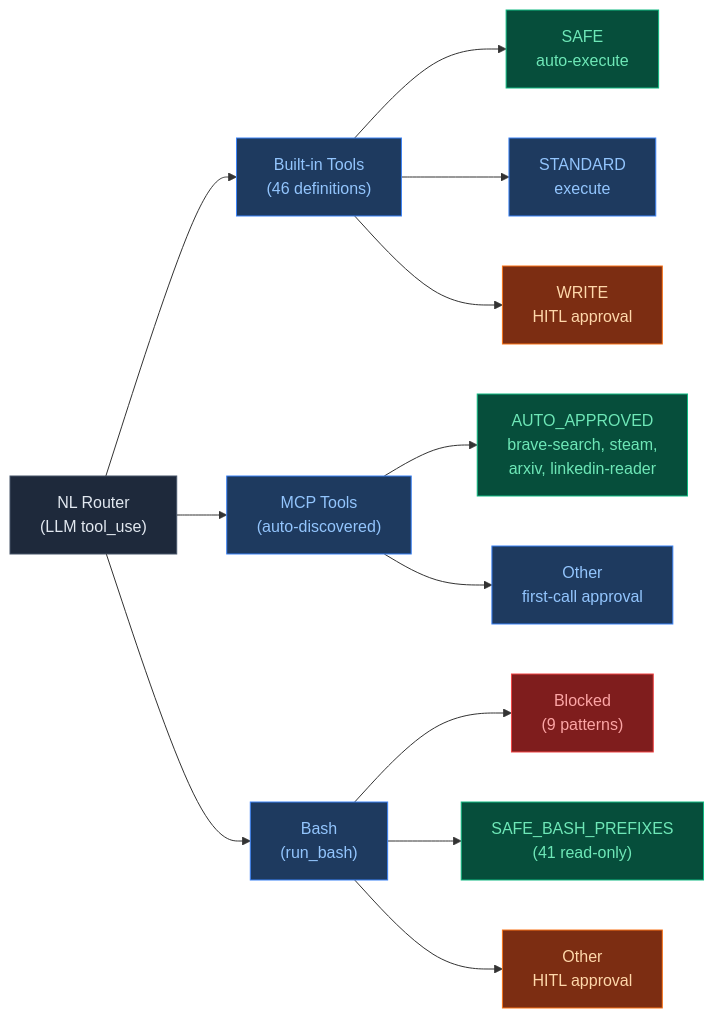
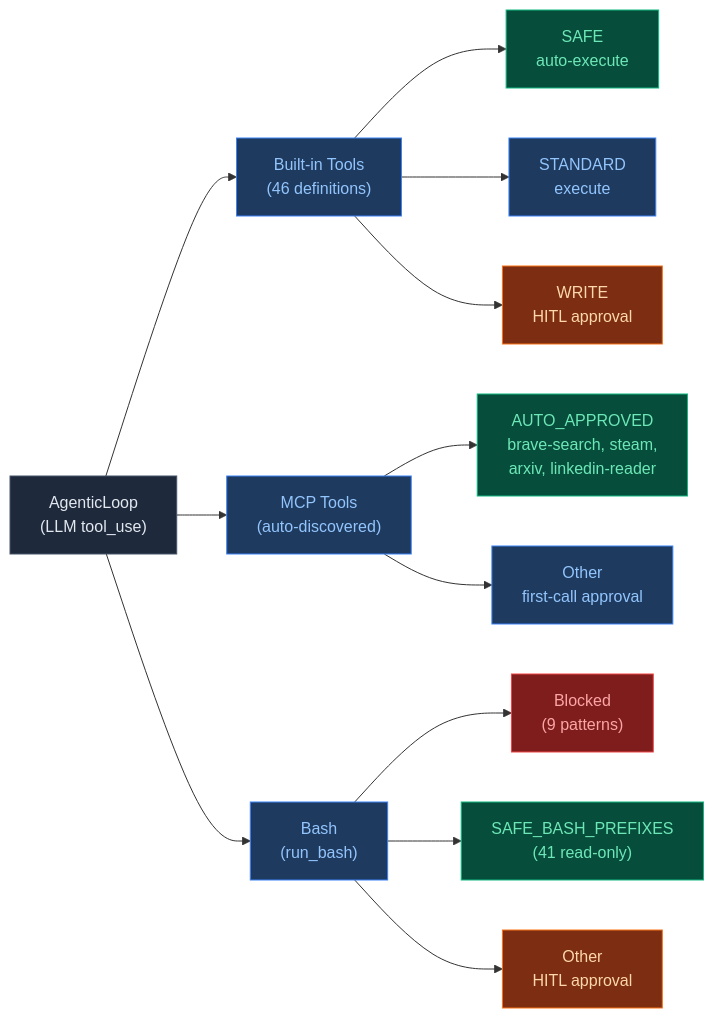
The first of 15 diagrams in README.md (mangowhoiscloud/geode), drawn with Mermaid before and after one commit. The commit also changed other lines of this file and 2 other files, not shown here.

First line of the commit message:
docs: README NL Router→AgenticLoop 전환 + CHANGELOG 누락분 + progress.md 신규

````diff
--- a/README.md
+++ b/README.md
@@ -35,32 +35,32 @@
 ```mermaid
 flowchart LR
-    NL["NL Router<br/>(LLM tool_use)"]
+    NL["AgenticLoop<br/>(LLM tool_use)"]
 
     NL --> Builtin["Built-in Tools<br/>(46 definitions)"]
     NL --> MCP["MCP Tools<br/>(auto-discovered)"]
     NL --> Bash["Bash<br/>(run_bash)"]
 
     Builtin --> S1["SAFE<br/>auto-execute"]
     Builtin --> S2["STANDARD<br/>execute"]
     Builtin --> S3["WRITE<br/>HITL approval"]
 
     MCP --> MA["AUTO_APPROVED<br/>brave-search, steam,<br/>arxiv, linkedin-reader"]
     MCP --> MO["Other<br/>first-call approval"]
 
     Bash --> BBlk["Blocked<br/>(9 patterns)"]
     Bash --> BSafe["SAFE_BASH_PREFIXES<br/>(41 read-only)"]
     Bash --> BHitl["Other<br/>HITL approval"]
 
     style NL fill:#1e293b,stroke:#475569,color:#e2e8f0
     style Builtin fill:#1e3a5f,stroke:#3b82f6,color:#93c5fd
     style MCP fill:#1e3a5f,stroke:#3b82f6,color:#93c5fd
     style Bash fill:#1e3a5f,stroke:#3b82f6,color:#93c5fd
     style S1 fill:#064e3b,stroke:#10b981,color:#6ee7b7
     style S2 fill:#1e3a5f,stroke:#3b82f6,color:#93c5fd
     style S3 fill:#7c2d12,stroke:#f97316,color:#fed7aa
     style MA fill:#064e3b,stroke:#10b981,color:#6ee7b7
     style MO fill:#1e3a5f,stroke:#3b82f6,color:#93c5fd
     style BBlk fill:#7f1d1d,stroke:#ef4444,color:#fca5a5
     style BSafe fill:#064e3b,stroke:#10b981,color:#6ee7b7
     style BHitl fill:#7c2d12,stroke:#f97316,color:#fed7aa
 ```
````
